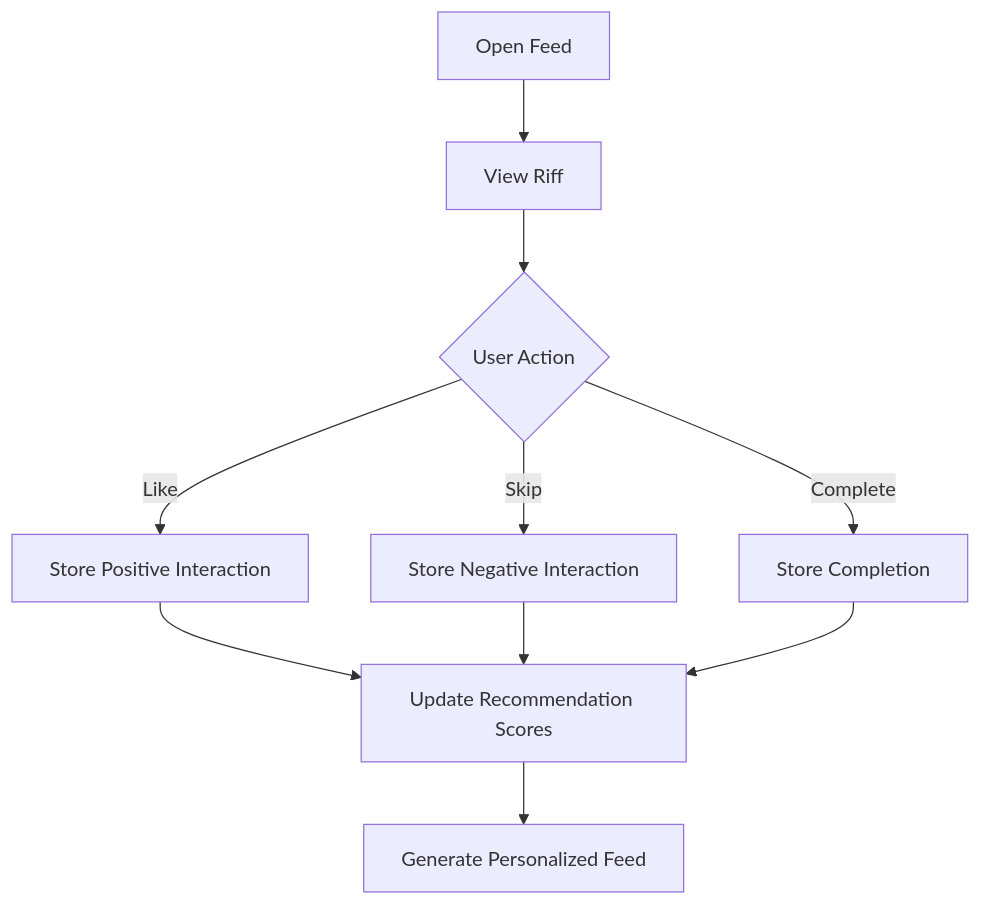
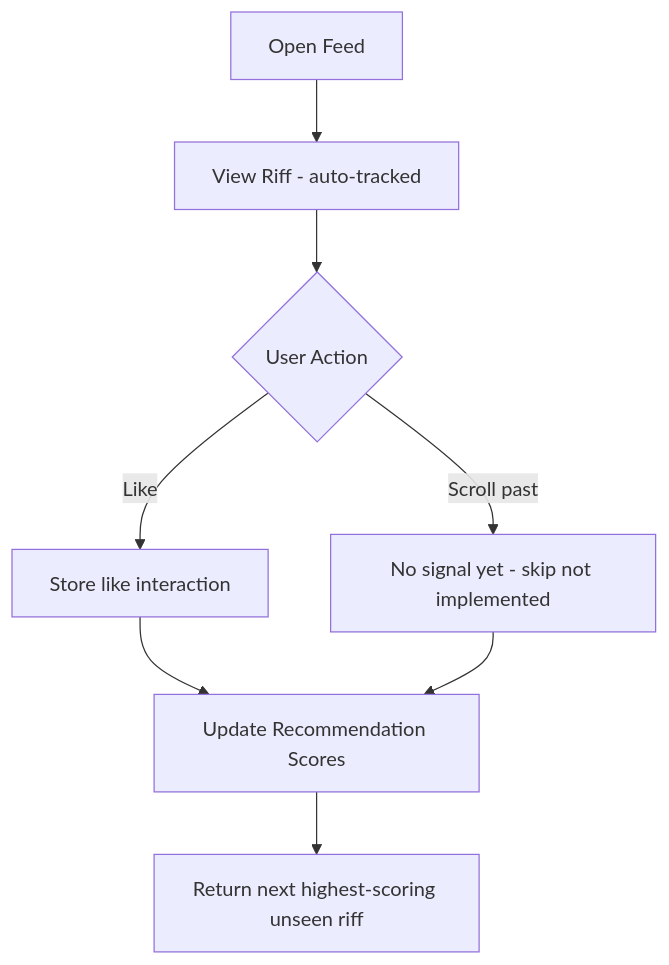
Before and after one commit to Zachwm/riffly: the third of 4 diagrams in README.md, drawn with Mermaid. The commit also changed other lines of this file, not shown here.

````diff
--- a/README.md
+++ b/README.md
@@ -205,15 +240,13 @@
 ```mermaid
 flowchart TD
-    A[Open Feed] --> B[View Riff]
+    A[Open Feed] --> B[View Riff - auto-tracked]
     B --> C{User Action}
 
-    C -->|Like| D[Store Positive Interaction]
-    C -->|Skip| E[Store Negative Interaction]
-    C -->|Complete| F[Store Completion]
+    C -->|Like| D[Store like interaction]
+    C -->|Scroll past| E[No signal yet - skip not implemented]
 
     D --> G[Update Recommendation Scores]
     E --> G
-    F --> G
 
-    G --> H[Generate Personalized Feed]
+    G --> H[Return next highest-scoring unseen riff]
 ```
````
